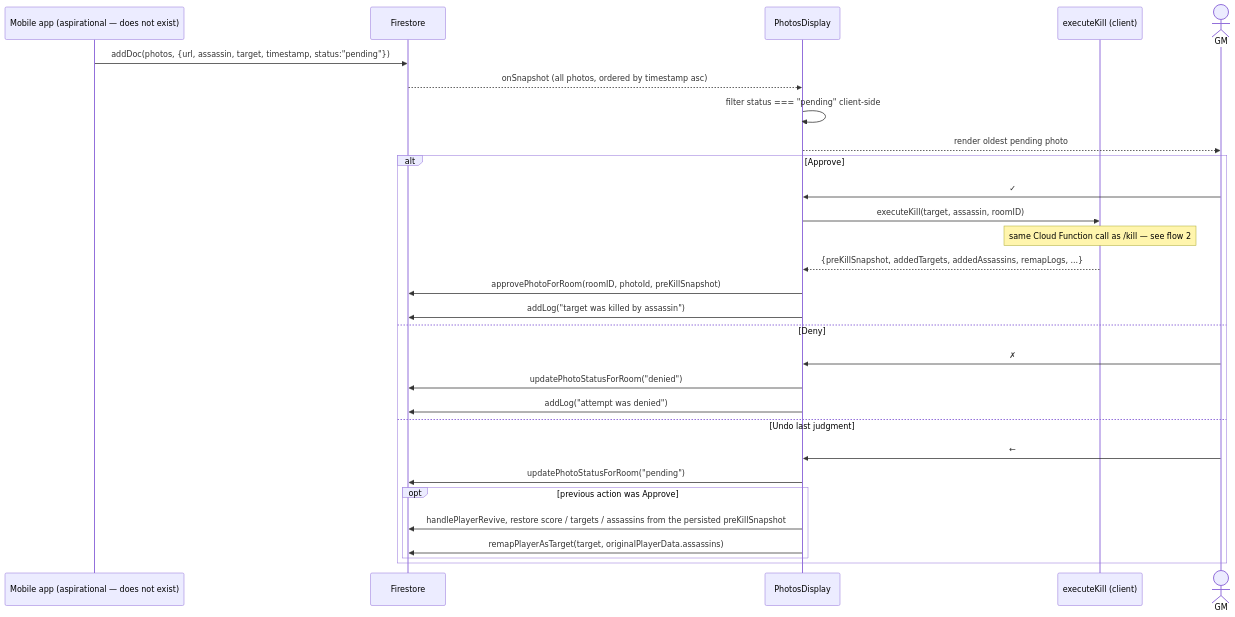
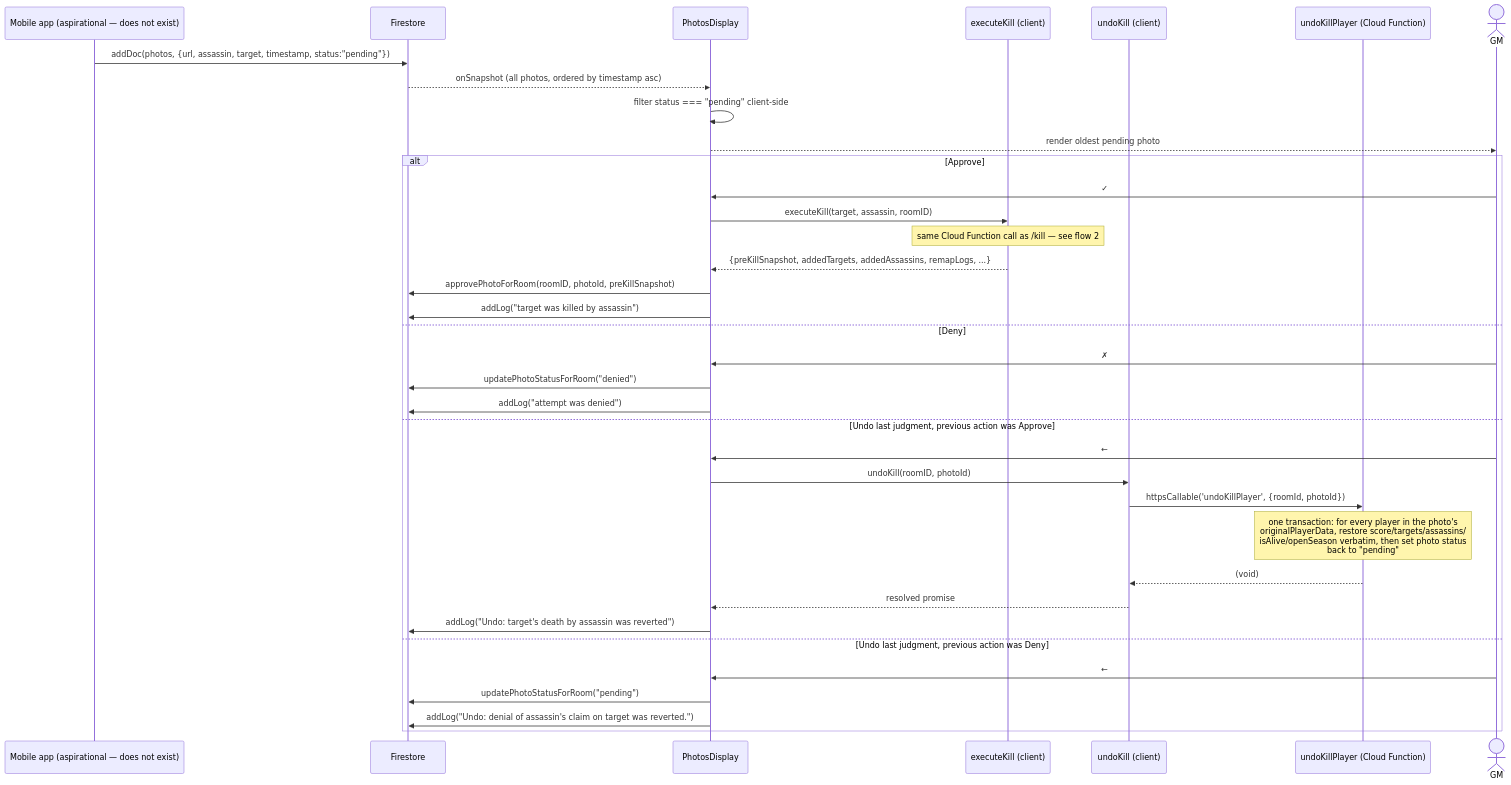
Before and after one commit to allenthebosscoder/mall-mystery-heroes: the third of 4 diagrams in docs/game-flows.md, drawn with Mermaid. The commit also changed other lines of this file and 3 other files, not shown here.

First line of the commit message:
Update architecture, data-model, game-flows, and testing docs for full-kill-undo

````diff
--- a/docs/game-flows.md
+++ b/docs/game-flows.md
@@ -163,33 +163,40 @@
 ```mermaid
 sequenceDiagram
     participant App as Mobile app (aspirational — does not exist)
     participant FS as Firestore
     participant PD as PhotosDisplay
     participant EK as executeKill (client)
+    participant UK as undoKill (client)
+    participant UKP as undoKillPlayer (Cloud Function)
     actor GM
 
     App->>FS: addDoc(photos, {url, assassin, target, timestamp, status:"pending"})
     FS-->>PD: onSnapshot (all photos, ordered by timestamp asc)
     PD->>PD: filter status === "pending" client-side
     PD-->>GM: render oldest pending photo
 
     alt Approve
         GM->>PD: ✓
         PD->>EK: executeKill(target, assassin, roomID)
         Note over EK: same Cloud Function call as /kill — see flow 2
         EK-->>PD: {preKillSnapshot, addedTargets, addedAssassins, remapLogs, ...}
         PD->>FS: approvePhotoForRoom(roomID, photoId, preKillSnapshot)
         PD->>FS: addLog("target was killed by assassin")
     else Deny
         GM->>PD: ✗
         PD->>FS: updatePhotoStatusForRoom("denied")
         PD->>FS: addLog("attempt was denied")
-    else Undo last judgment
+    else Undo last judgment, previous action was Approve
+        GM->>PD: ←
+        PD->>UK: undoKill(roomID, photoId)
+        UK->>UKP: httpsCallable('undoKillPlayer', {roomId, photoId})
+        Note over UKP: one transaction: for every player in the photo's<br/>originalPlayerData, restore score/targets/assassins/<br/>isAlive/openSeason verbatim, then set photo status<br/>back to "pending"
+        UKP-->>UK: (void)
+        UK-->>PD: resolved promise
+        PD->>FS: addLog("Undo: target's death by assassin was reverted")
+    else Undo last judgment, previous action was Deny
         GM->>PD: ←
         PD->>FS: updatePhotoStatusForRoom("pending")
-        opt previous action was Approve
-            PD->>FS: handlePlayerRevive, restore score / targets / assassins from the persisted preKillSnapshot
-            PD->>FS: remapPlayerAsTarget(target, originalPlayerData.assassins)
-        end
+        PD->>FS: addLog("Undo: denial of assassin's claim on target was reverted.")
     end
 ```
````
